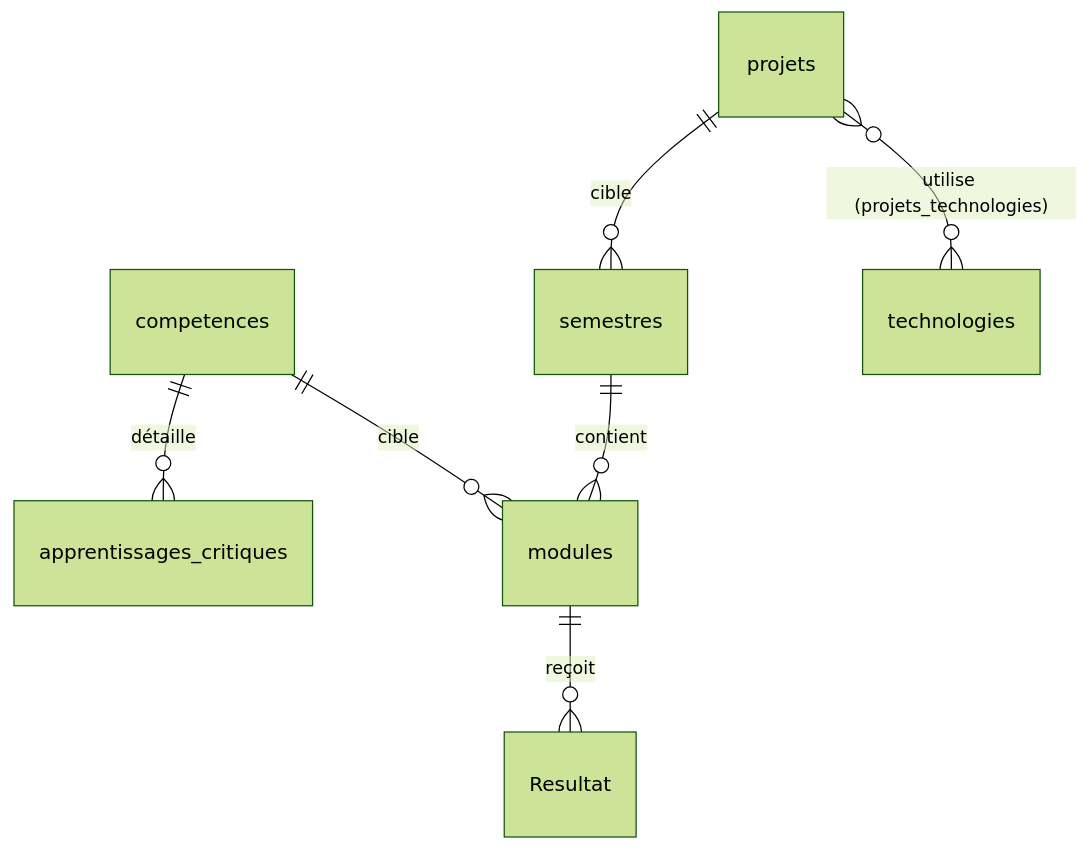
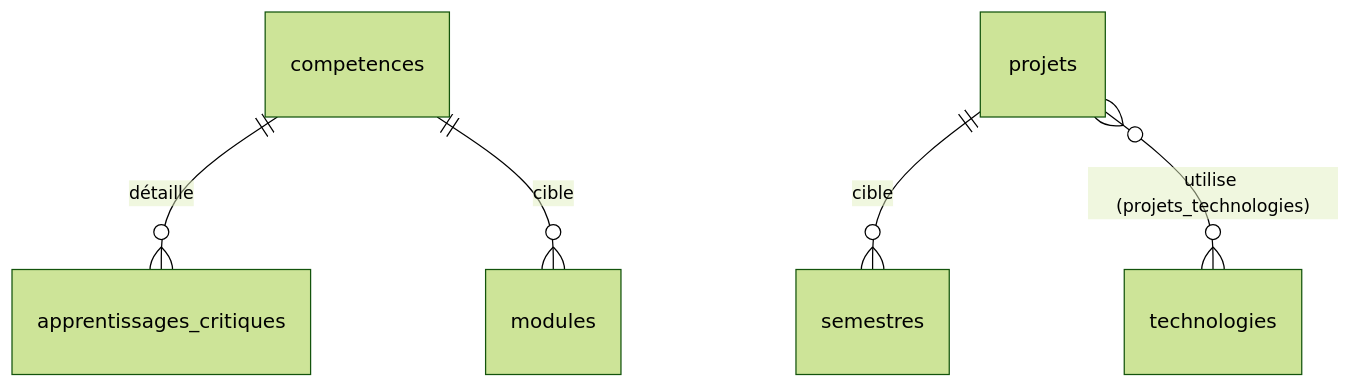
The second of 2 diagrams in architecture/ARCHITECTURE.md (tshazlytembo123-bot/tshazly-man-tte), drawn with Mermaid (forest theme) before and after one commit.

Commit message:
Update ER diagram by removing certain relationships
Removed relationships between semestres and modules, and between modules and Resultat in the ER diagram.

````diff
--- a/architecture/ARCHITECTURE.md
+++ b/architecture/ARCHITECTURE.md
@@ -65,9 +65,9 @@
 ```mermaid
 erDiagram
   competences ||--o{ apprentissages_critiques : "détaille"
   competences ||--o{ modules : "cible"
-  semestres ||--o{ modules : "contient"
-  modules ||--o{ Resultat  : "reçoit"
+
   projets ||--o{semestres : "cible"
   projets }o--o{ technologies : "utilise (projets_technologies)"
+
 ```
````
